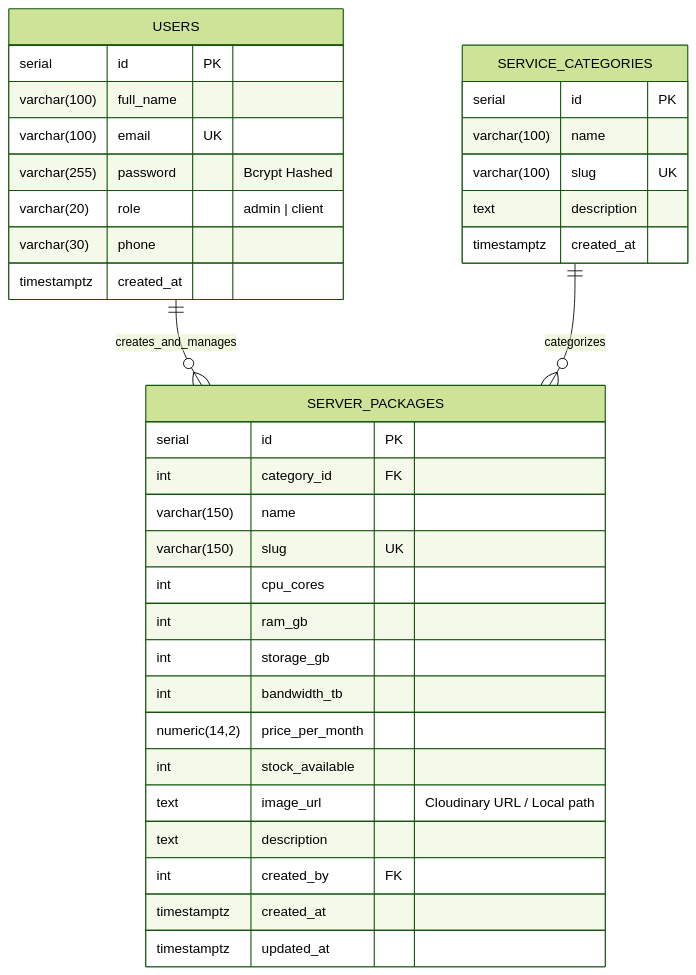
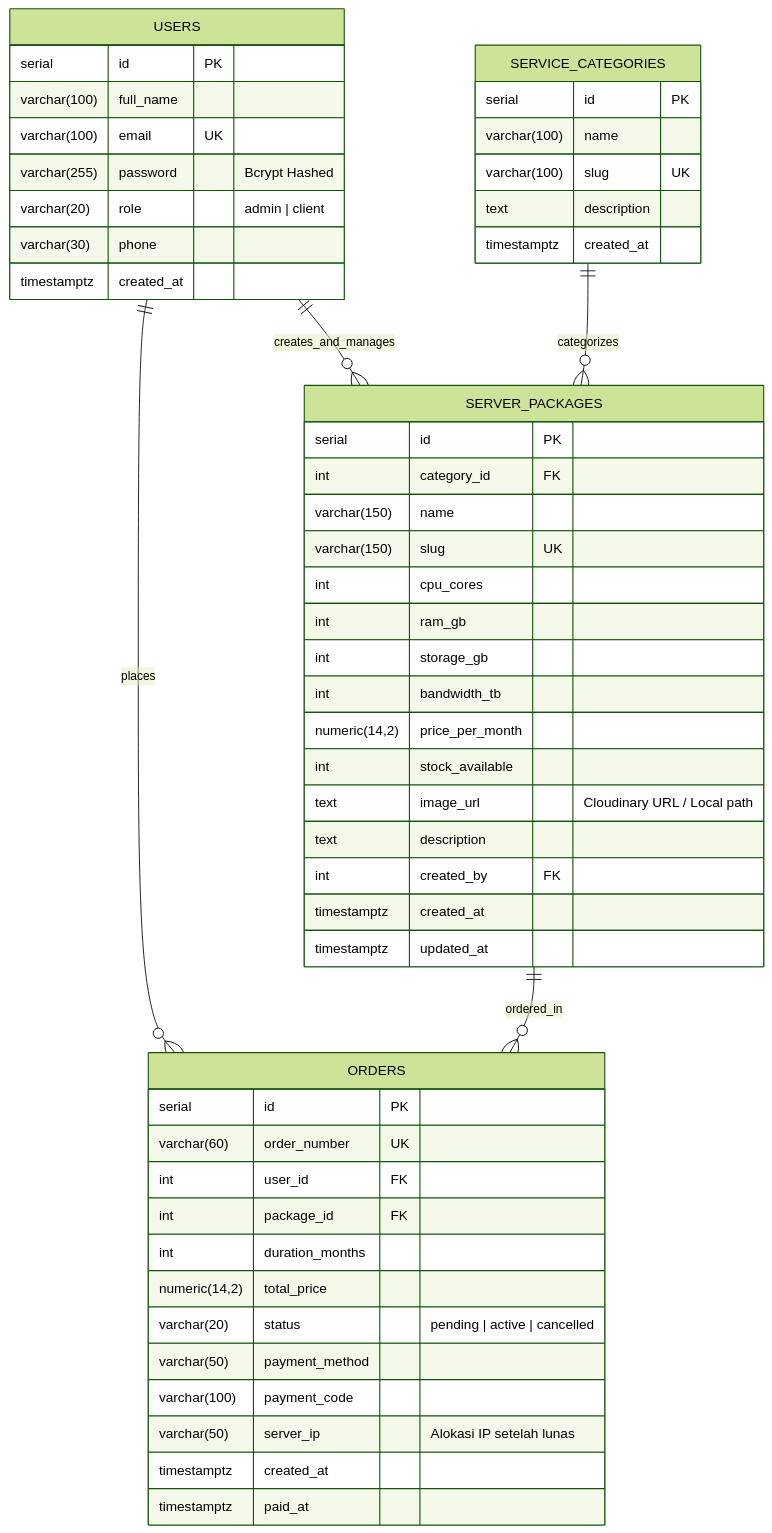
Before and after one commit to rafiarrasyid123/Tugas-as-umkm-vps-cloud: the diagram in docs/ERD.md, drawn with Mermaid (forest theme). The commit also changed other lines of this file and 7 other files, not shown here.

````diff
--- a/docs/ERD.md
+++ b/docs/ERD.md
@@ -13,41 +13,58 @@
 ```mermaid
 erDiagram
     USERS ||--o{ SERVER_PACKAGES : "creates_and_manages"
     SERVICE_CATEGORIES ||--o{ SERVER_PACKAGES : "categorizes"
+    USERS ||--o{ ORDERS : "places"
+    SERVER_PACKAGES ||--o{ ORDERS : "ordered_in"
 
     USERS {
         serial id PK
         varchar(100) full_name
         varchar(100) email UK
         varchar(255) password "Bcrypt Hashed"
         varchar(20) role "admin | client"
         varchar(30) phone
         timestamptz created_at
     }
 
     SERVICE_CATEGORIES {
         serial id PK
         varchar(100) name
         varchar(100) slug UK
         text description
         timestamptz created_at
     }
 
     SERVER_PACKAGES {
         serial id PK
         int category_id FK
         varchar(150) name
         varchar(150) slug UK
         int cpu_cores
         int ram_gb
         int storage_gb
         int bandwidth_tb
         numeric(14,2) price_per_month
         int stock_available
         text image_url "Cloudinary URL / Local path"
         text description
         int created_by FK
         timestamptz created_at
         timestamptz updated_at
     }
+
+    ORDERS {
+        serial id PK
+        varchar(60) order_number UK
+        int user_id FK
+        int package_id FK
+        int duration_months
+        numeric(14,2) total_price
+        varchar(20) status "pending | active | cancelled"
+        varchar(50) payment_method
+        varchar(100) payment_code
+        varchar(50) server_ip "Alokasi IP setelah lunas"
+        timestamptz created_at
+        timestamptz paid_at
+    }
 ```
````
